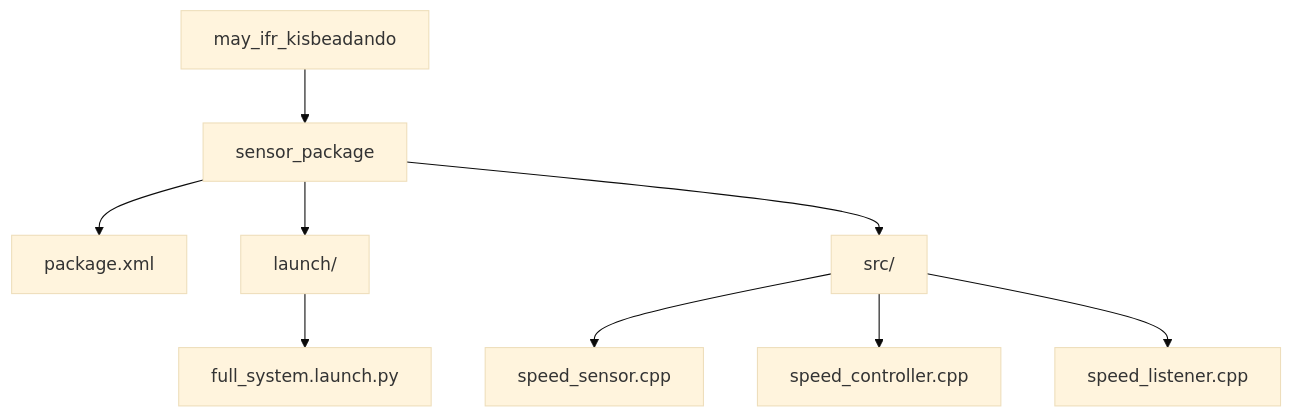
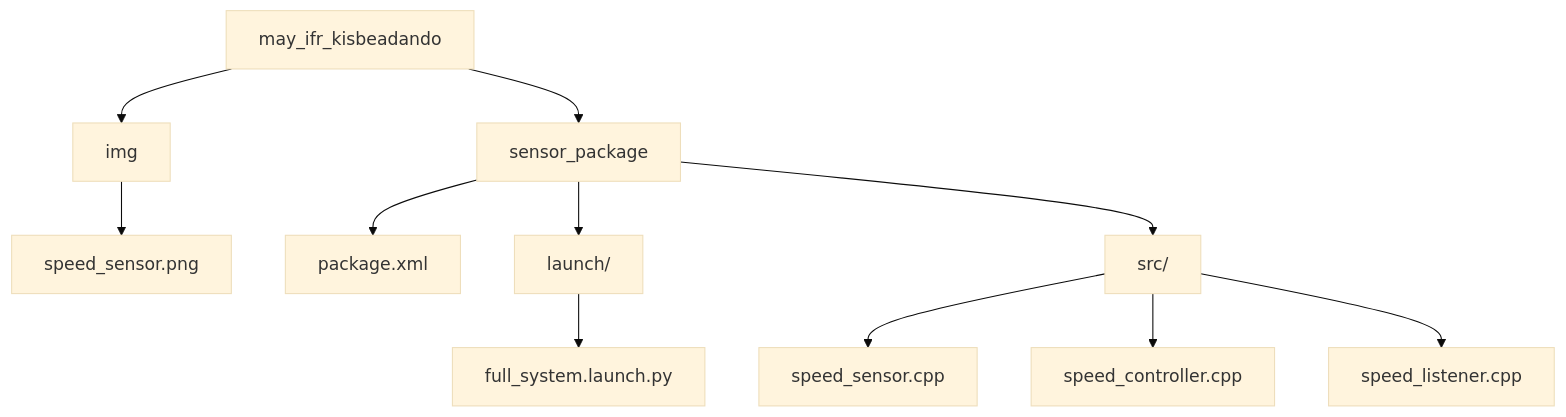
Before and after one commit to mayermarci65/may_ifr_kisbeadando: the second of 2 diagrams in README.md, drawn with Mermaid (base theme).

Commit message:
Add mermaid diagram to README

````diff
--- a/README.md
+++ b/README.md
@@ -86,11 +86,13 @@
 ```mermaid
 graph TD
 A[may_ifr_kisbeadando] --> B[sensor_package]
+A --> F[img]
+F --> F1[speed_sensor.png]
 B --> C[package.xml]
 B --> D[launch/]
 D --> D1[full_system.launch.py]
 B --> E[src/]
 E --> E1[speed_sensor.cpp]
 E --> E2[speed_controller.cpp]
 E --> E3[speed_listener.cpp]
 ```
````
